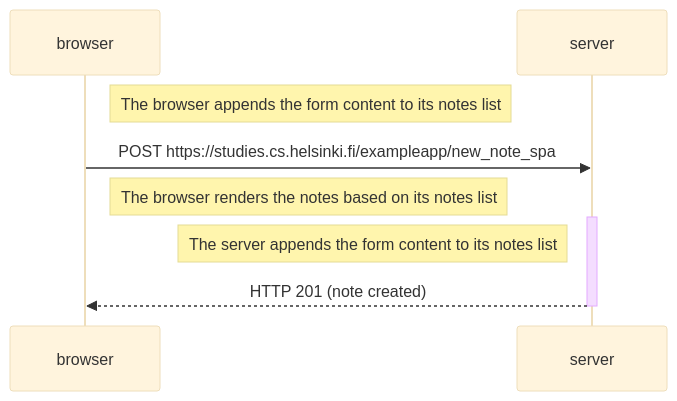
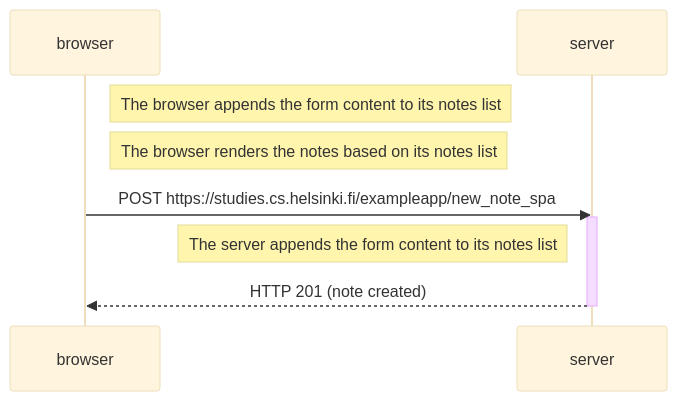
Before and after one commit to thomastoumasu/fullstack: the diagram in ex0_6.md, drawn with Mermaid (base theme). The commit also changed other lines of this file, not shown here.

````diff
--- a/ex0_6.md
+++ b/ex0_6.md
@@ -1,13 +1,13 @@
 ```mermaid
 sequenceDiagram
     participant browser
     participant server
 
     Note right of browser: The browser appends the form content to its notes list
+    Note right of browser: The browser renders the notes based on its notes list
     browser->>server: POST https://studies.cs.helsinki.fi/exampleapp/new_note_spa
-    Note right of browser: The browser renders the notes based on its notes list
     activate server
     Note left of server: The server appends the form content to its notes list
     server-->>browser: HTTP 201 (note created)
     deactivate server
 ```
````
